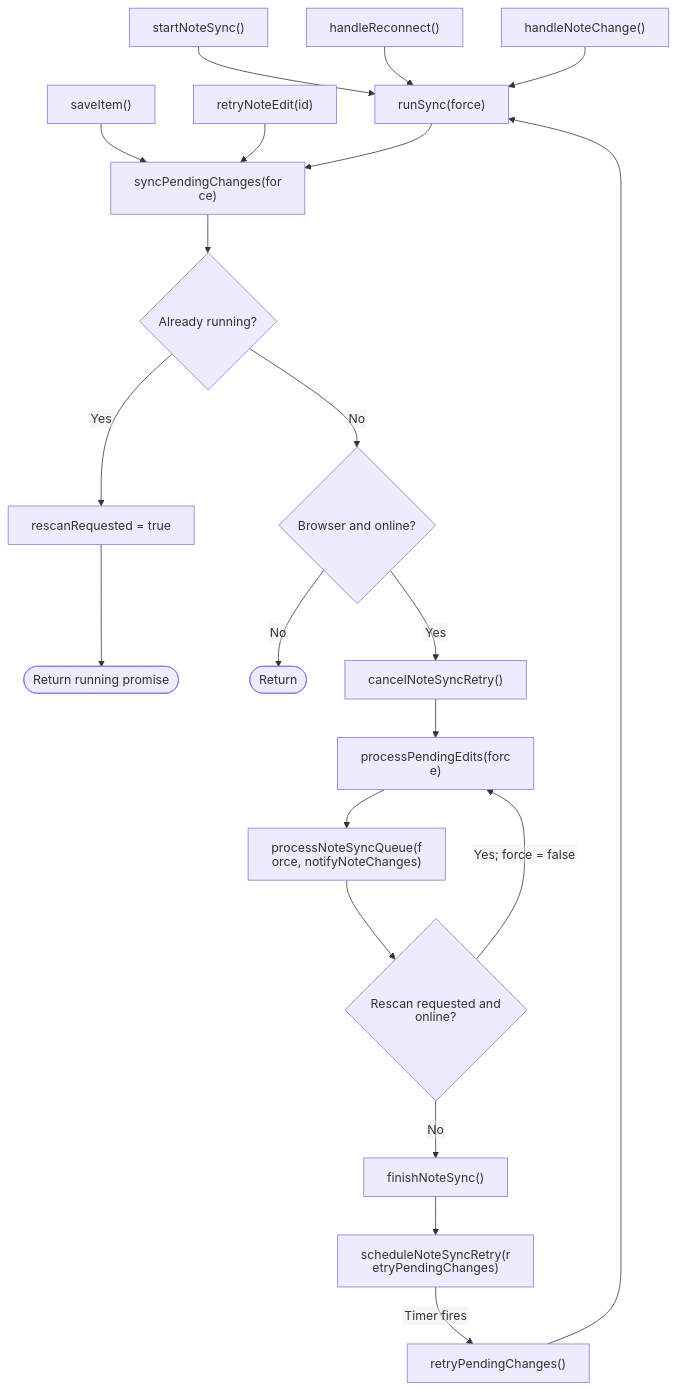
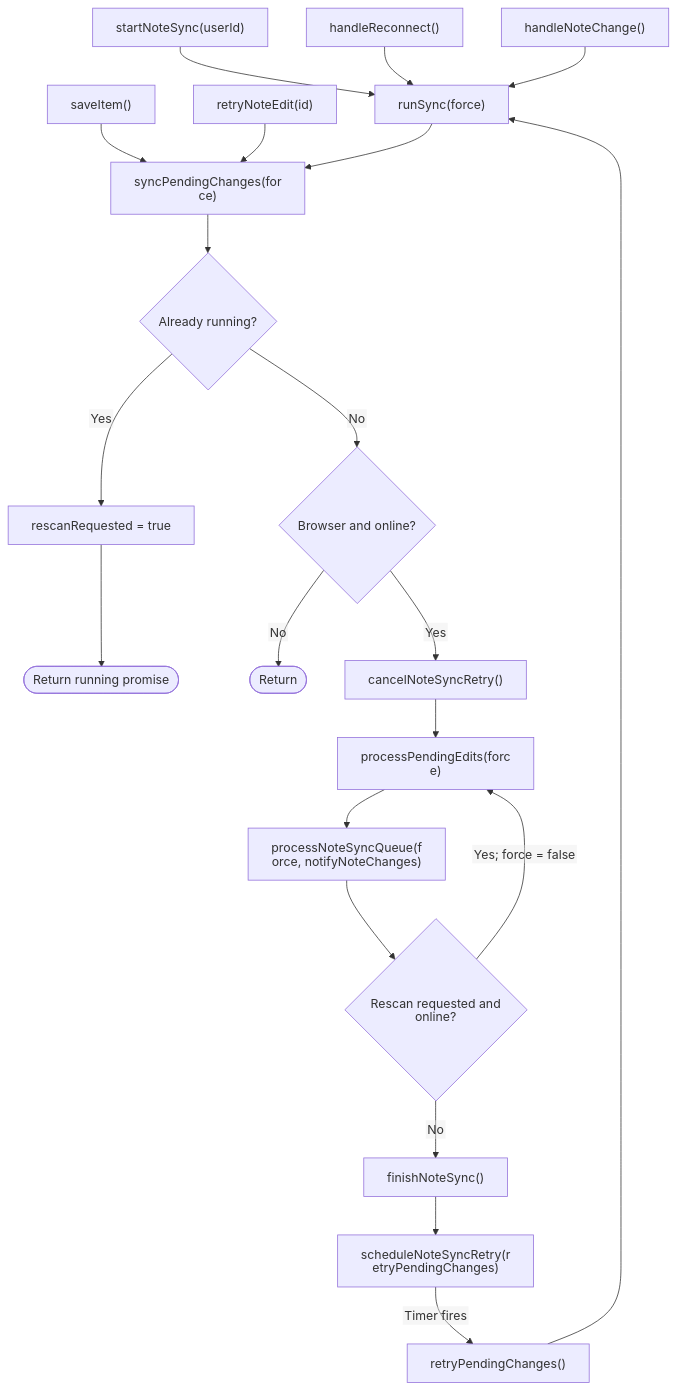
The second of 2 diagrams in docs/note-sync-diagrams.md (m0bar3z/FieldKit-pwa), drawn with Mermaid before and after one commit. The commit also changed other lines of this file and 4 other files, not shown here.

````diff
--- a/docs/note-sync-diagrams.md
+++ b/docs/note-sync-diagrams.md
@@ -69,25 +69,25 @@
 ```mermaid
 %%{init: {"htmlLabels": false, "flowchart": {"htmlLabels": false}}}%%
 flowchart TD
-    start["startNoteSync()"] --> run["runSync(force)"]
+    start["startNoteSync(userId)"] --> run["runSync(force)"]
     reconnect["handleReconnect()"] --> run
     change["handleNoteChange()"] --> run
     retry["retryPendingChanges()"] --> run
     save["saveItem()"] --> sync["syncPendingChanges(force)"]
     manual["retryNoteEdit(id)"] --> sync
     run --> sync
 
     sync --> running{"Already running?"}
     running -->|"Yes"| rescan["rescanRequested = true"]
     rescan --> existing(["Return running promise"])
     running -->|"No"| online{"Browser and online?"}
     online -->|"No"| idle(["Return"])
     online -->|"Yes"| cancel["cancelNoteSyncRetry()"]
     cancel --> process["processPendingEdits(force)"]
     process --> queue["processNoteSyncQueue(force, notifyNoteChanges)"]
     queue --> requested{"Rescan requested and online?"}
     requested -->|"Yes; force = false"| process
     requested -->|"No"| finish["finishNoteSync()"]
     finish --> schedule["scheduleNoteSyncRetry(retryPendingChanges)"]
     schedule -->|"Timer fires"| retry
 ```
````
